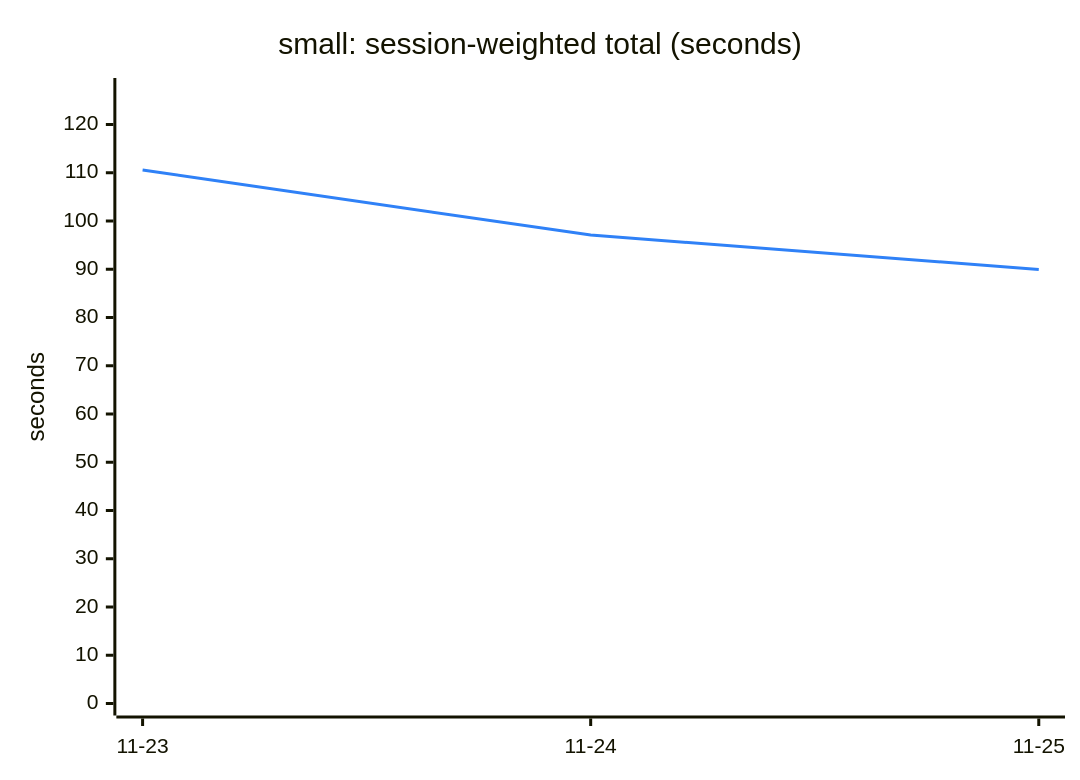
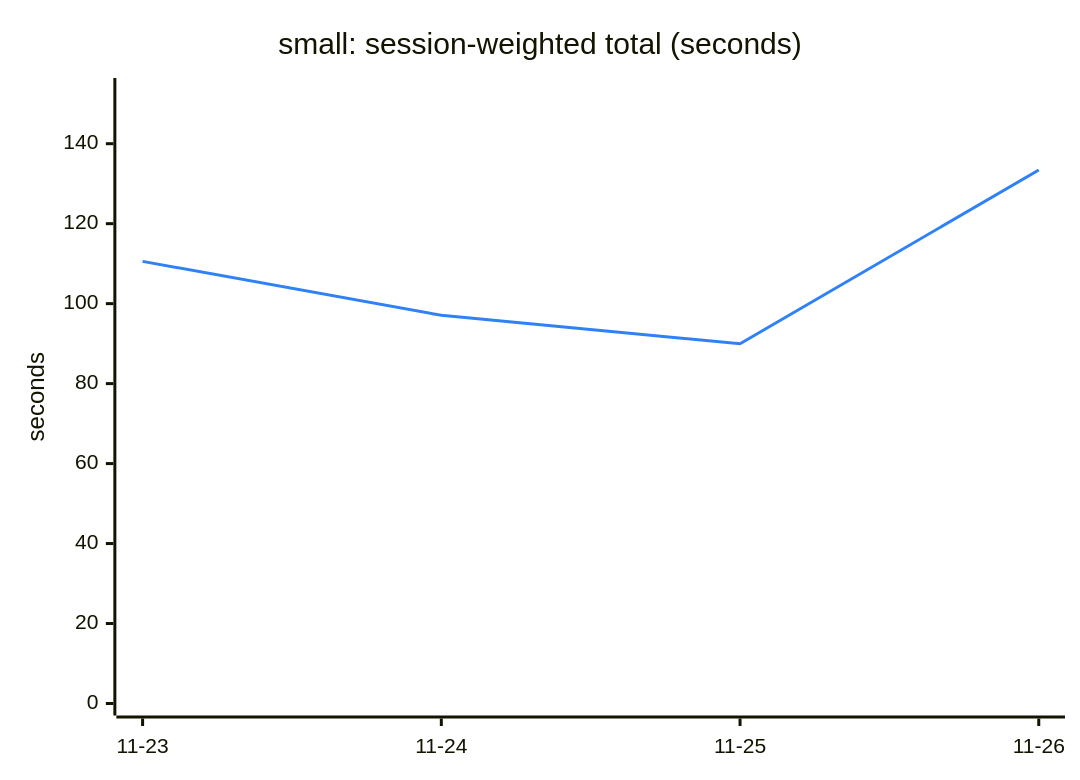
The first of 6 diagrams in TREND.md (engalar/mxcli), drawn with Mermaid before and after one commit. The commit also changed other lines of this file and 2 other files, not shown here.

````diff
--- a/TREND.md
+++ b/TREND.md
@@ -13,13 +13,13 @@
 ```mermaid
 ---
 config:
   themeVariables:
     xyChart:
       plotColorPalette: "#2f81f7"
 ---
 xychart-beta
     title "small: session-weighted total (seconds)"
-    x-axis ["11-23", "11-24", "11-25"]
-    y-axis "seconds" 0 --> 127.15
-    line [110.57, 97.08, 89.97]
+    x-axis ["11-23", "11-24", "11-25", "11-26"]
+    y-axis "seconds" 0 --> 153.43
+    line [110.57, 97.08, 89.97, 133.42]
 ```
````
